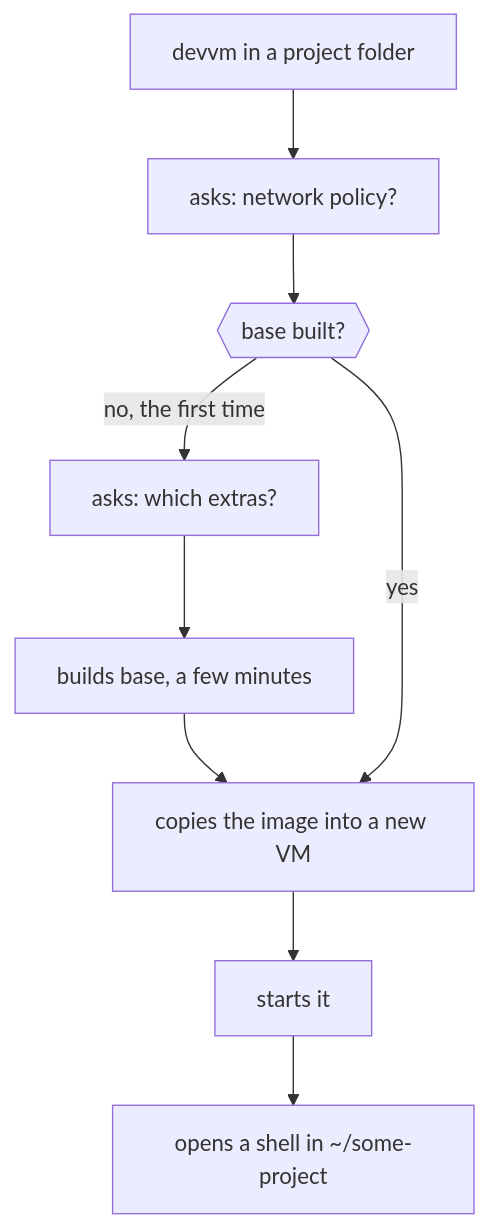
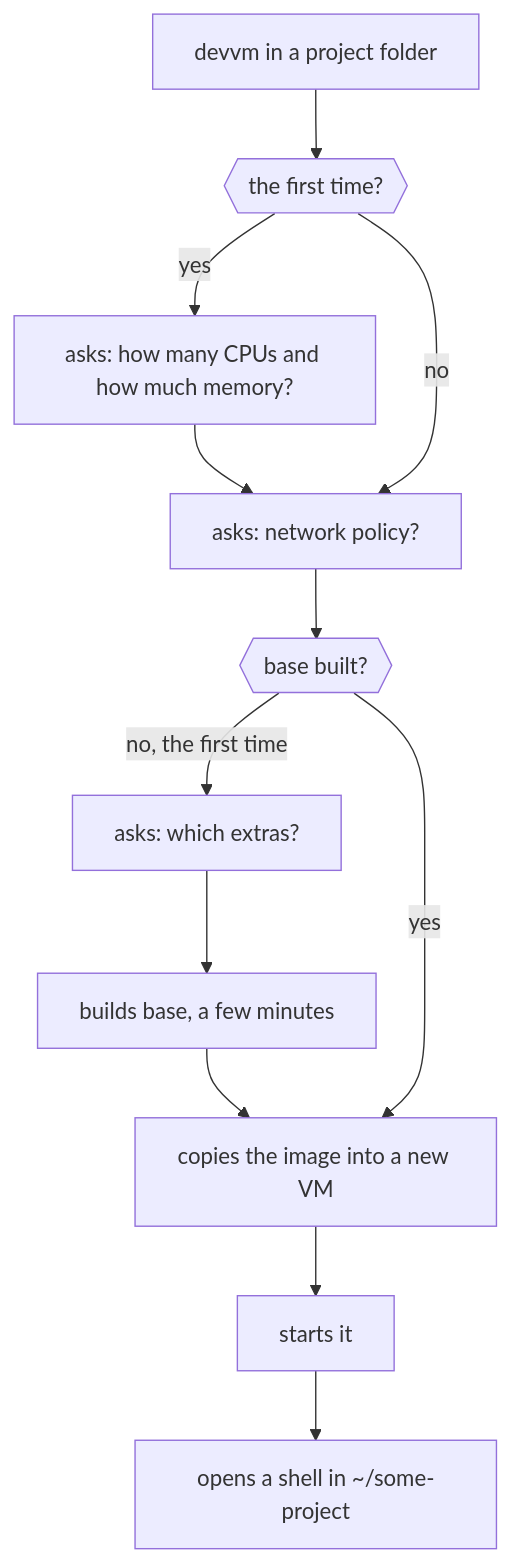
The diagram in docs/content/docs/getting-started/first-vm.md (DustyPolk/devvm), drawn with Mermaid before and after one commit. The commit also changed other lines of this file and 21 other files, not shown here.

````diff
--- a/docs/content/docs/getting-started/first-vm.md
+++ b/docs/content/docs/getting-started/first-vm.md
@@ -39,8 +41,10 @@
 ```mermaid
 flowchart TD
-  run["devvm in a project folder"] --> net["asks: network policy?"]
+  run["devvm in a project folder"] --> first{{"the first time?"}}
+  first -- "yes" --> size["asks: how many CPUs and how much memory?"] --> net
+  first -- "no" --> net["asks: network policy?"]
   net --> built{{"base built?"}}
   built -- "no, the first time" --> extras["asks: which extras?"] --> build["builds base, a few minutes"] --> copy
   built -- "yes" --> copy["copies the image into a new VM"]
   copy --> start["starts it"] --> shell["opens a shell in ~/some-project"]
 ```
````
